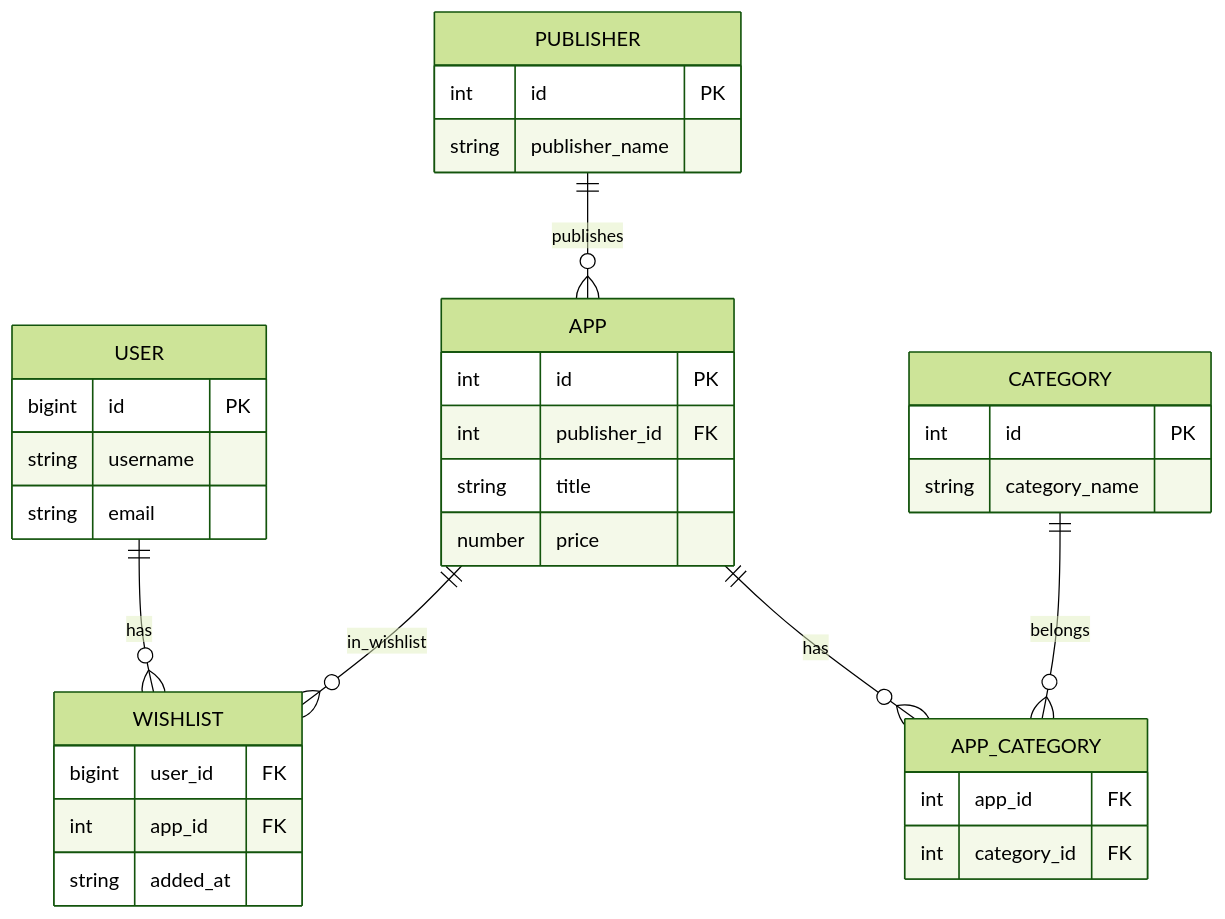
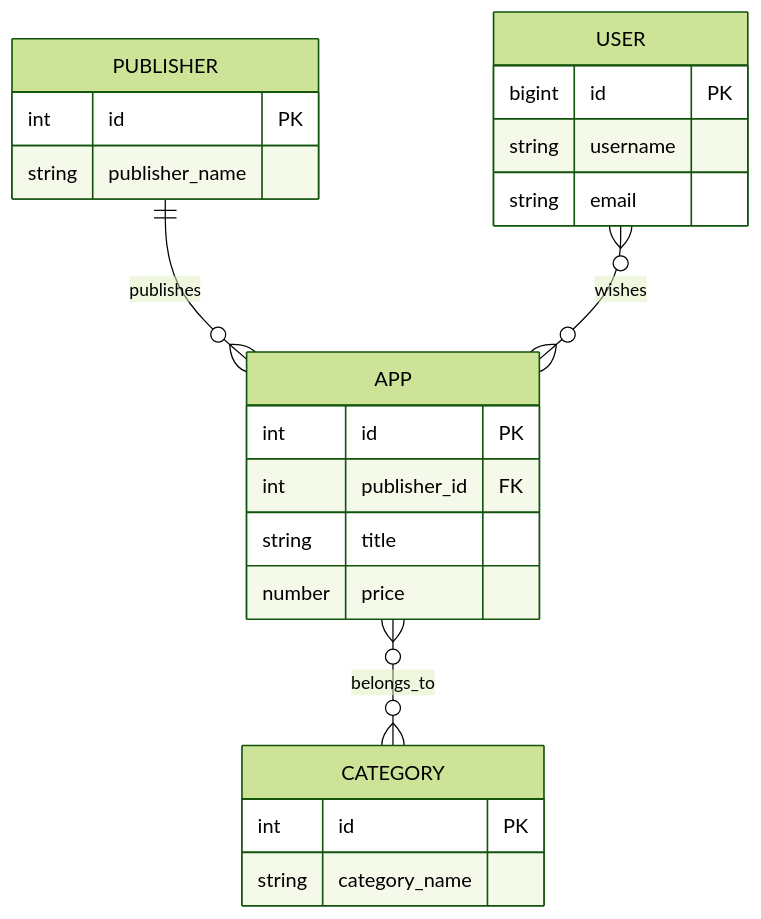
The diagram in lab1/model.md (fntksnd11/-Requirements-Modeling-and-Analysis), drawn with Mermaid (forest theme) before and after one commit.

Commit message:
Refactor ER diagram for Steam
Removed APP_CATEGORY and WISHLIST entities from the ER diagram. Updated relationships between APP, CATEGORY, and USER.

````diff
--- a/lab1/model.md
+++ b/lab1/model.md
@@ -1,42 +3,29 @@
 ```mermaid
 erDiagram
     USER {
         bigint id PK
         string username
         string email
     }
 
     PUBLISHER {
         int id PK
         string publisher_name
     }
 
     APP {
         int id PK
         int publisher_id FK
         string title
         number price
     }
 
     CATEGORY {
         int id PK
         string category_name
     }
 
-    APP_CATEGORY {
-        int app_id FK
-        int category_id FK
-    }
-
-    WISHLIST {
-        bigint user_id FK
-        int app_id FK
-        string added_at
-    }
-
     PUBLISHER ||--o{ APP : "publishes"
-    APP ||--o{ APP_CATEGORY : "has"
-    CATEGORY ||--o{ APP_CATEGORY : "belongs"
-    USER ||--o{ WISHLIST : "has"
-    APP ||--o{ WISHLIST : "in_wishlist"
+    APP }o--o{ CATEGORY : "belongs_to"
+    USER }o--o{ APP : "wishes"
 ```
````
